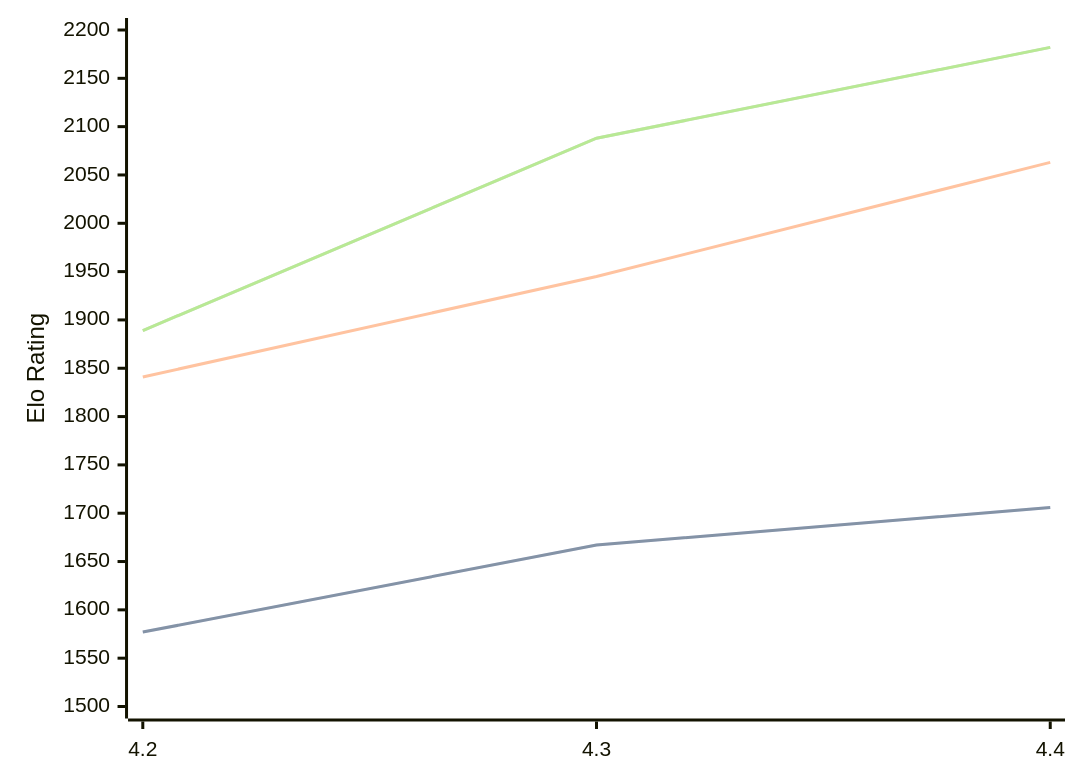
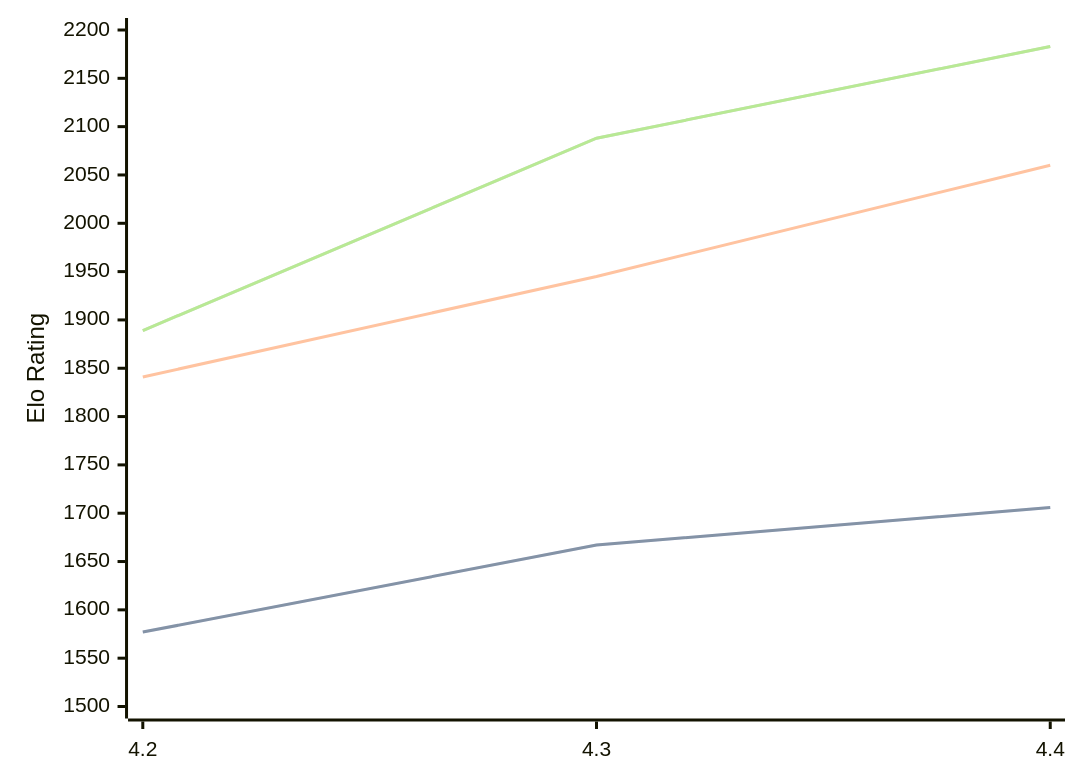
The diagram in engines/Radiance.md (computer-chess-index/cci), drawn with Mermaid before and after one commit. The commit also changed other lines of this file, not shown here.

Commit message:
Update CCI Ratings (ELO VLTC) - 2026-06-09

````diff
--- a/engines/Radiance.md
+++ b/engines/Radiance.md
@@ -36,11 +36,11 @@
 ```mermaid
 %%{init: {"theme":"base","themeVariables":{"seriesColors:['#a3a3a3','#222221','#faa371']}}}%%
 xychart-beta
   x-axis ["4.2", "4.3", "4.4"]
   y-axis "Elo Rating" 1500 --> 2200
   line "STC (8.0+0.08s)" [1577, 1667, 1706]
   line "STC (8.0+0.08s)" [1577, 1667, 1706]
-  line "LTC (60.0+0.60s)" [1841, 1945, 2063]
-  line "VLTC (2m24s+1.12s)" [1889, 2088, 2182]
-  line "VLTC (2m24s+1.12s)" [1889, 2088, 2182]
+  line "LTC (60.0+0.60s)" [1841, 1945, 2060]
+  line "VLTC (2m24s+1.12s)" [1889, 2088, 2183]
+  line "VLTC (2m24s+1.12s)" [1889, 2088, 2183]
 ```
````
